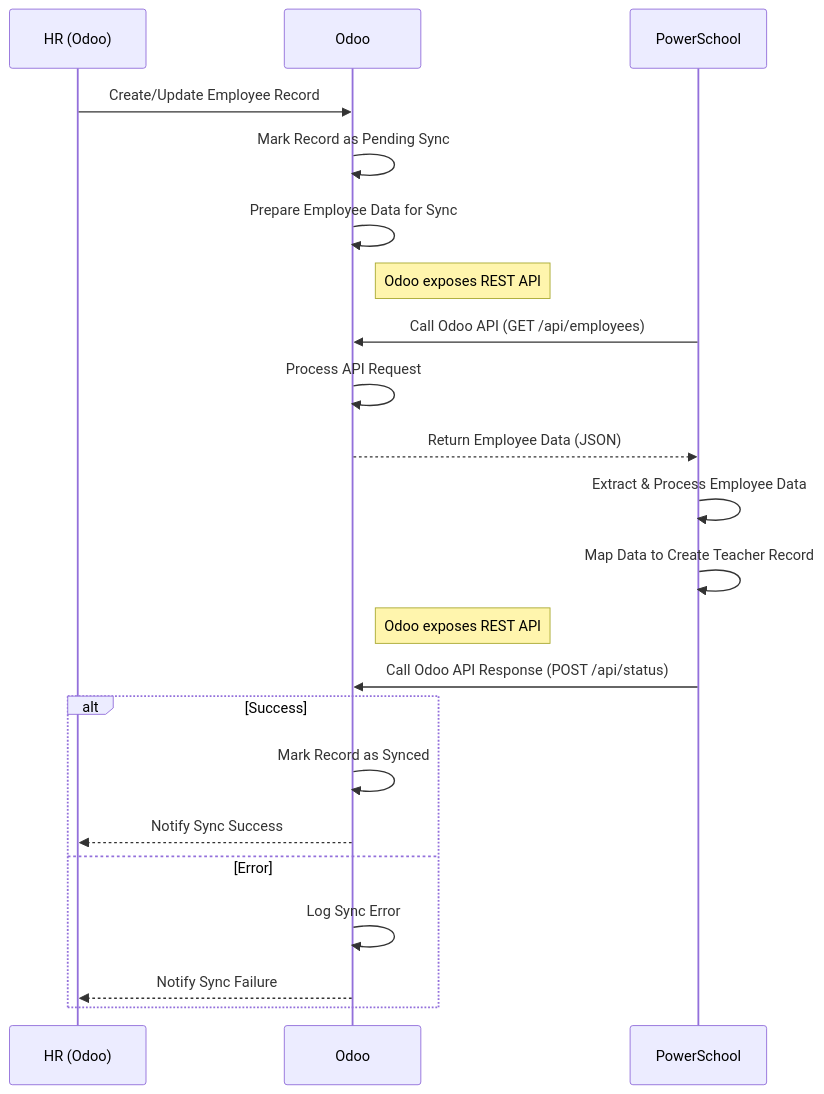
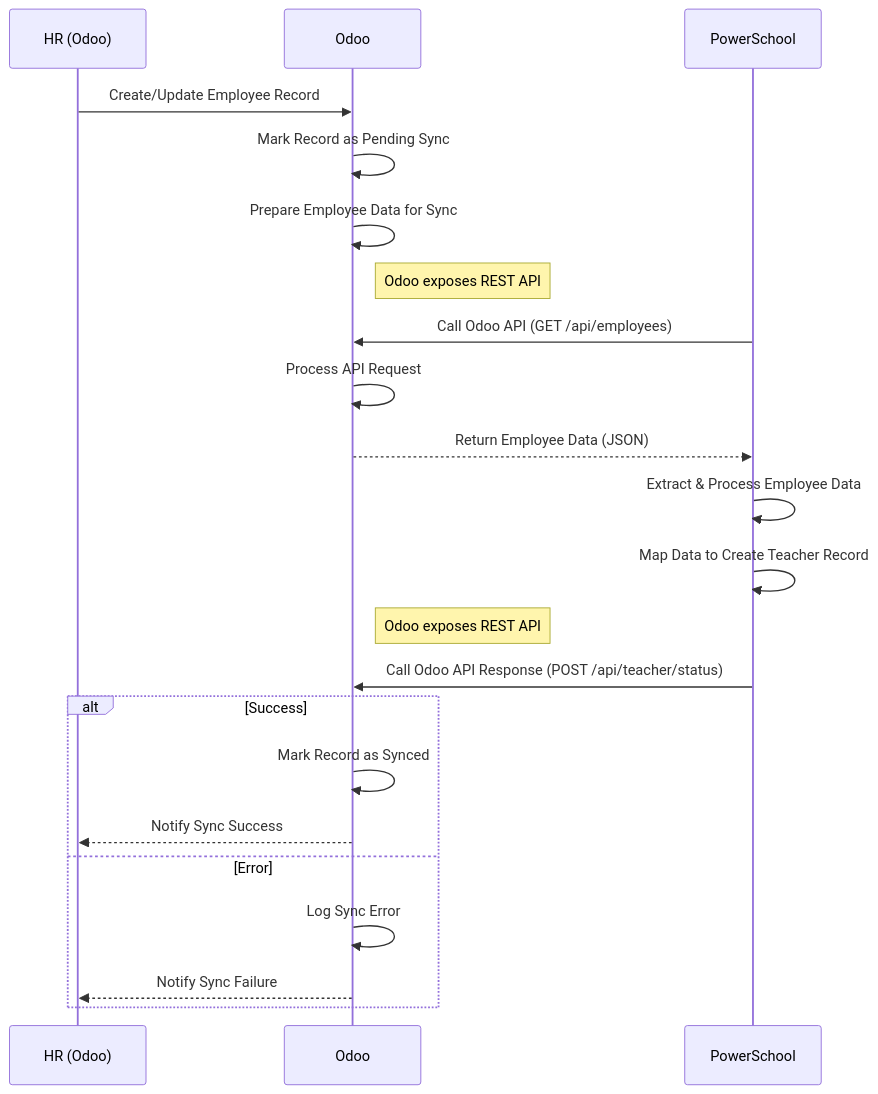
Before and after one commit to kamalyui9/lincoln_school: the diagram in Odoo API.md, drawn with Mermaid.

Commit message:
Update Odoo API.md

````diff
--- a/Odoo API.md
+++ b/Odoo API.md
@@ -6,28 +6,28 @@
 ```mermaid
 sequenceDiagram
     participant Admin as HR (Odoo)
     participant Odoo as Odoo
     participant PowerSchool as PowerSchool
 
     Admin->>Odoo: Create/Update Employee Record
     Odoo->>Odoo: Mark Record as Pending Sync
     Odoo->>Odoo: Prepare Employee Data for Sync
     Note right of Odoo: Odoo exposes REST API
 
     PowerSchool->>Odoo: Call Odoo API (GET /api/employees)
     Odoo->>Odoo: Process API Request
     Odoo-->>PowerSchool: Return Employee Data (JSON)
     
     PowerSchool->>PowerSchool: Extract & Process Employee Data
     PowerSchool->>PowerSchool: Map Data to Create Teacher Record
     Note right of Odoo: Odoo exposes REST API
-    PowerSchool->>Odoo: Call Odoo API Response (POST /api/status)
+    PowerSchool->>Odoo: Call Odoo API Response (POST /api/teacher/status)
 
     alt Success
         Odoo->>Odoo: Mark Record as Synced
         Odoo-->>Admin: Notify Sync Success
     else Error
         Odoo->>Odoo: Log Sync Error
         Odoo-->>Admin: Notify Sync Failure
     end
 ```
````
